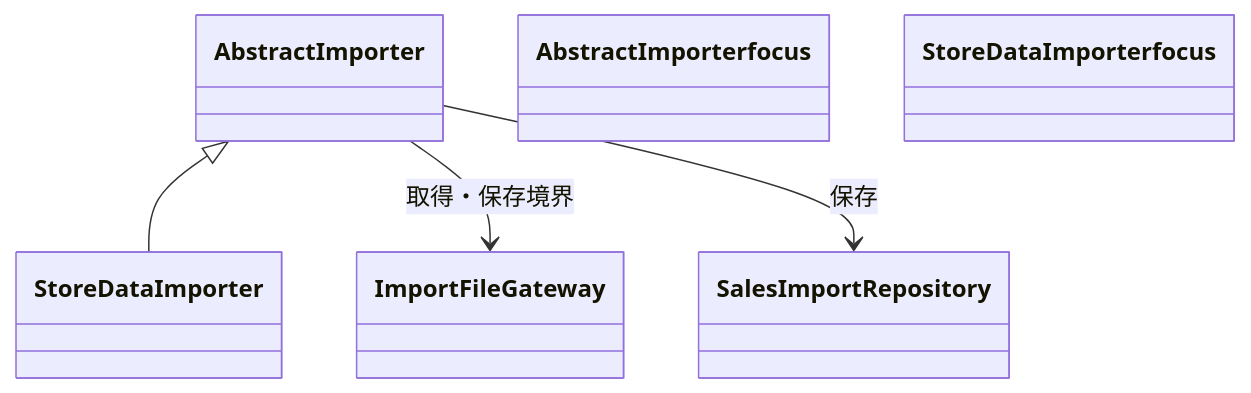
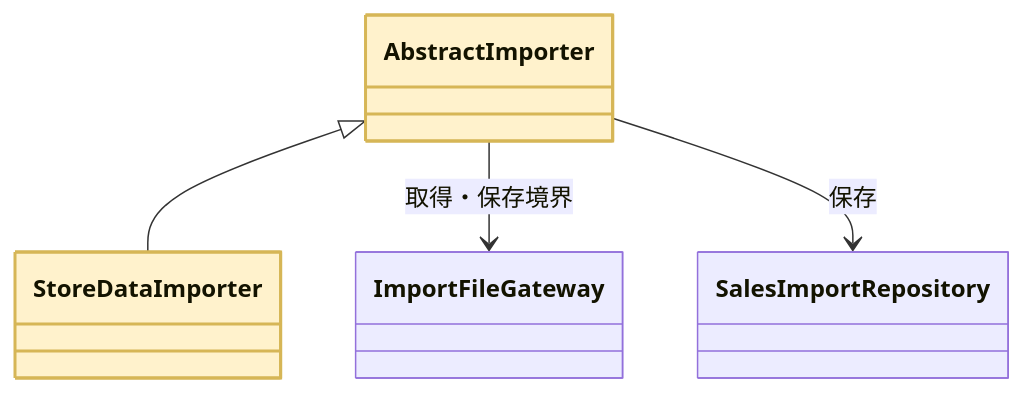
Before and after one commit to kumachan1101-pixel/DesignPattern: the tenth of 17 diagrams in kindle/design-patterns/output/chapter04.md, drawn with Mermaid. The commit also changed other lines of this file and 15 other files, not shown here.

First line of the commit message:
全章classDiagram: phantom浮きクラスを生む着色構文 class X focus を :::focus へ修正（103箇所）

````diff
--- a/kindle/design-patterns/output/chapter04.md
+++ b/kindle/design-patterns/output/chapter04.md
@@ -1365,13 +1365,13 @@
 ```mermaid
 classDiagram
     class AbstractImporter
     class StoreDataImporter
     class ImportFileGateway
     class SalesImportRepository
     AbstractImporter <|-- StoreDataImporter
     AbstractImporter --> ImportFileGateway : 取得・保存境界
     AbstractImporter --> SalesImportRepository : 保存
-    class AbstractImporter focus
-    class StoreDataImporter focus
+    class AbstractImporter:::focus
+    class StoreDataImporter:::focus
     classDef focus fill:#FFF2CC,stroke:#D6B656,stroke-width:2px
 ```
````
